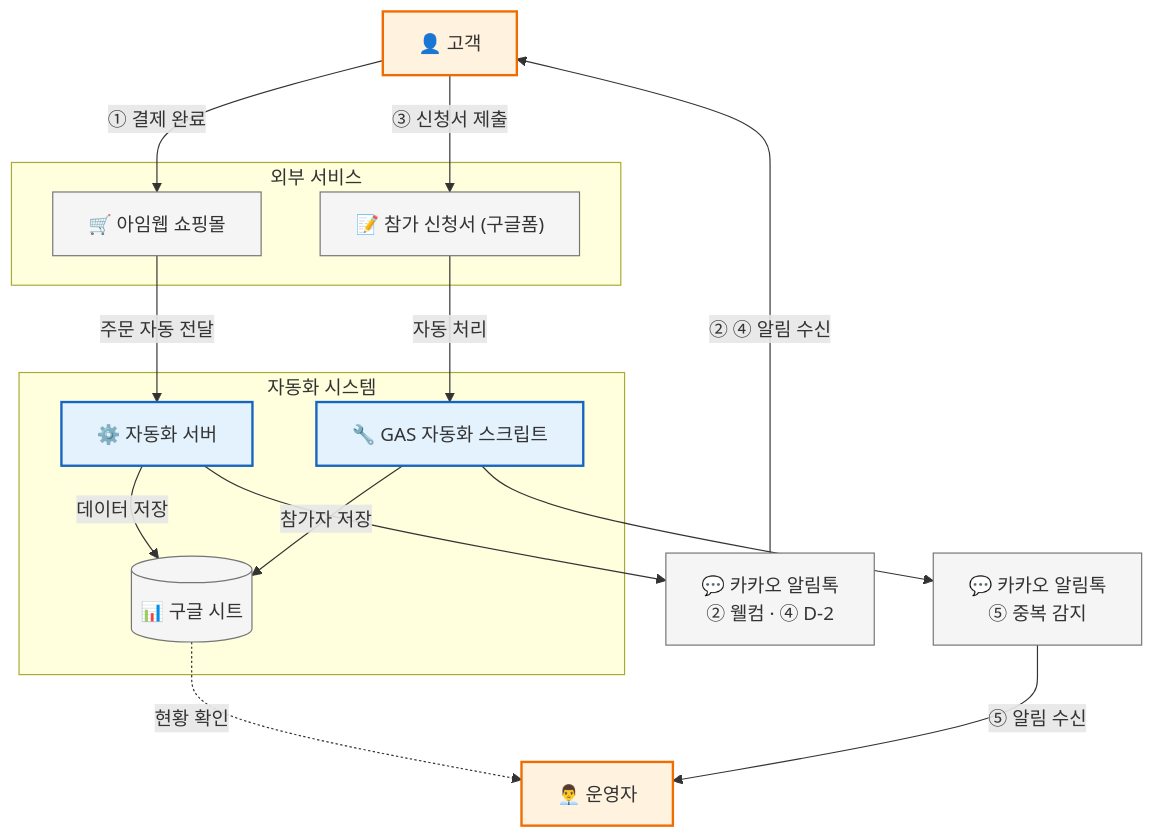
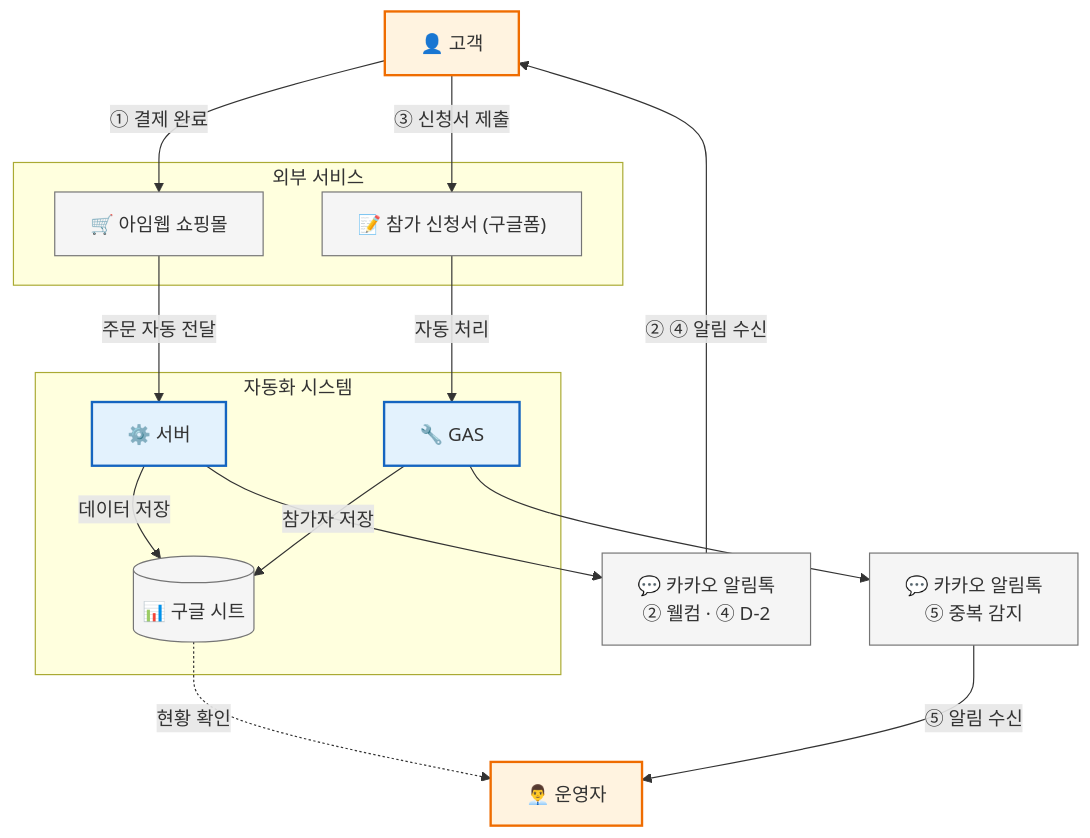
One commit to 2BeeDevStudio/portfolio changed the first of 2 diagrams in imweb-automation/README.md. Above: the diagram before and after it, drawn with Mermaid.

Commit message:
fix: 다이어그램 노드 텍스트 잘림 수정

````diff
--- a/imweb-automation/README.md
+++ b/imweb-automation/README.md
@@ -21,36 +21,36 @@
 ```mermaid
 graph TD
     classDef actor fill:#fff3e0,stroke:#ef6c00,stroke-width:2px
     classDef system fill:#f5f5f5,stroke:#757575,stroke-width:1px
     classDef highlight fill:#e3f2fd,stroke:#1565c0,stroke-width:2px
 
     Customer["👤 고객"]:::actor
     Admin["👨‍💼 운영자"]:::actor
 
     subgraph External["외부 서비스"]
         Imweb["🛒 아임웹 쇼핑몰"]:::system
         GForm["📝 참가 신청서 (구글폼)"]:::system
     end
 
     subgraph Core["자동화 시스템"]
-        Server["⚙️ 자동화 서버"]:::highlight
-        GAS["🔧 GAS 자동화 스크립트"]:::highlight
+        Server["⚙️ 서버"]:::highlight
+        GAS["🔧 GAS"]:::highlight
         GSheets[("📊 구글 시트")]:::system
     end
 
     Aligo1["💬 카카오 알림톡\n② 웰컴 · ④ D-2"]:::system
     Aligo2["💬 카카오 알림톡\n⑤ 중복 감지"]:::system
 
     Customer -->|"① 결제 완료"| Imweb
     Imweb -->|"주문 자동 전달"| Server
     Server -->|"데이터 저장"| GSheets
     Server --> Aligo1
     Aligo1 -->|"② ④ 알림 수신"| Customer
 
     Customer -->|"③ 신청서 제출"| GForm
     GForm -->|"자동 처리"| GAS
     GAS -->|"참가자 저장"| GSheets
     GAS --> Aligo2
     Aligo2 -->|"⑤ 알림 수신"| Admin
     GSheets -.->|"현황 확인"| Admin
 ```
````
